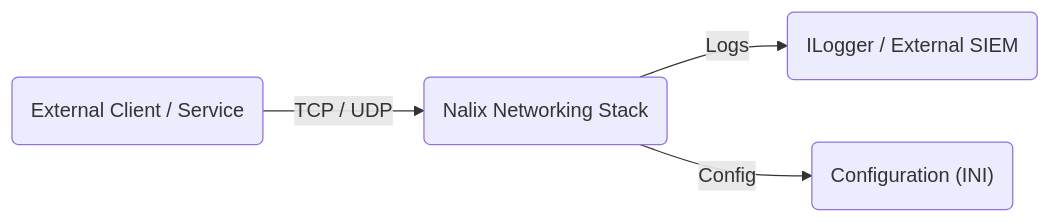
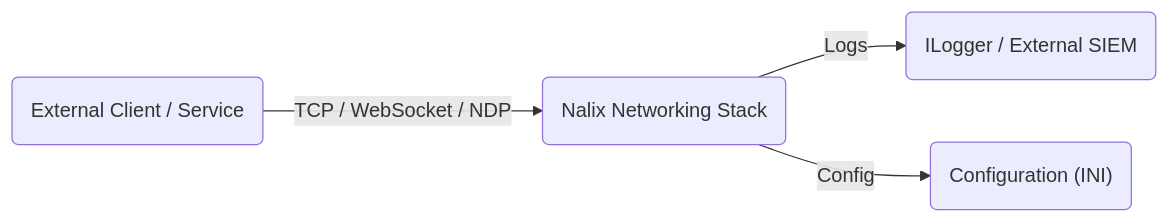
One commit to ppn-systems/nalix-docs changed the first of 3 diagrams in src/content/docs/vi-vn/concepts/internals/architecture.md. Above: the diagram before and after it, drawn with Mermaid. The commit also changed 38 other files, not shown here.

First line of the commit message:
docs: redraw the datagram diagrams and fix invalid Mermaid

````diff
--- a/src/content/docs/vi-vn/concepts/internals/architecture.md
+++ b/src/content/docs/vi-vn/concepts/internals/architecture.md
@@ -13,6 +13,6 @@
 ```mermaid
 graph LR
-    User("External Client / Service") -- "TCP / UDP" --> Stack("Nalix Networking Stack")
+    User("External Client / Service") -- "TCP / WebSocket / NDP" --> Stack("Nalix Networking Stack")
     Stack -- "Logs" --> Logging("ILogger / External SIEM")
     Stack -- "Config" --> Config("Configuration (INI)")
 ```
````
